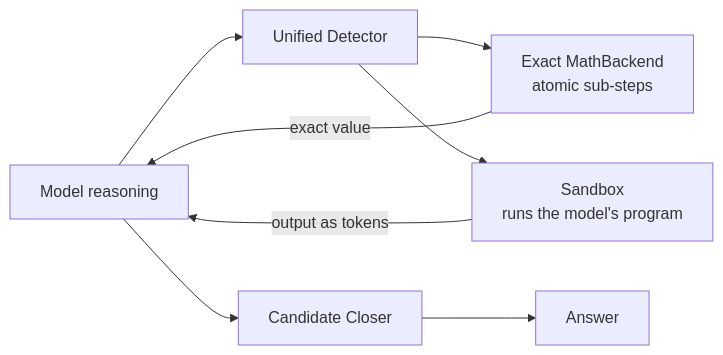
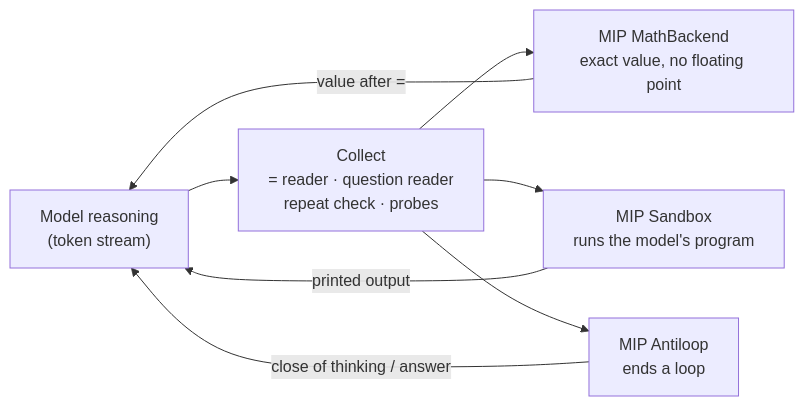
One commit to xenodeve/xenodeve changed the diagram in README.md. Above: the diagram before and after it, drawn with Mermaid. The commit also changed other lines of this file, not shown here.

First line of the commit message:
docs(readme): MIP + Sandbox - the idea, how it works, what it buys

````diff
--- a/README.md
+++ b/README.md
@@ -16,9 +24,10 @@
 ```mermaid
 flowchart LR
-    R["Model reasoning"] --> D["Unified Detector"]
-    D --> M["Exact MathBackend<br/>atomic sub-steps"]
-    D --> X["Sandbox<br/>runs the model's program"]
-    M -->|"exact value"| R
-    X -->|"output as tokens"| R
-    R --> C["Candidate Closer"] --> A["Answer"]
+    R["Model reasoning<br/>(token stream)"] --> C["Collect<br/>= reader · question reader<br/>repeat check · probes"]
+    C --> M["MIP MathBackend<br/>exact value, no floating point"]
+    C --> S["MIP Sandbox<br/>runs the model's program"]
+    C --> L["MIP Antiloop<br/>ends a loop"]
+    M -->|"value after ="| R
+    S -->|"printed output"| R
+    L -->|"close of thinking / answer"| R
 ```
````
